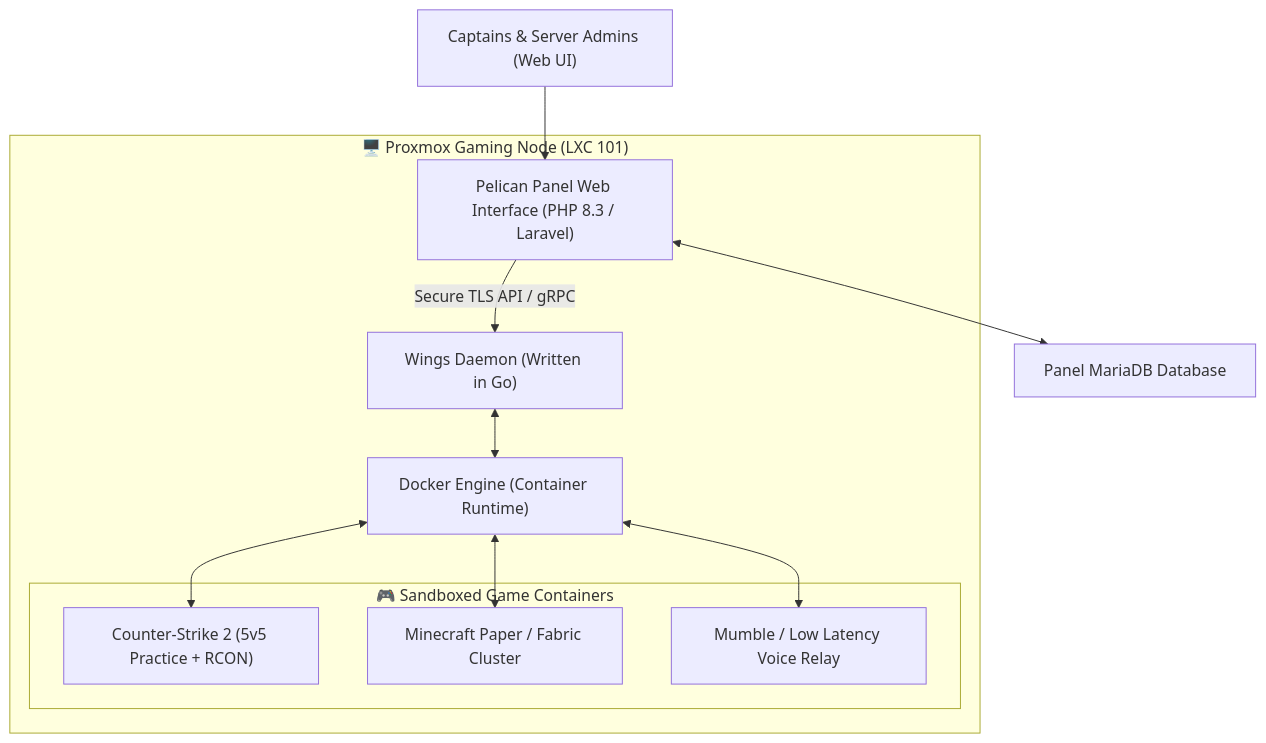
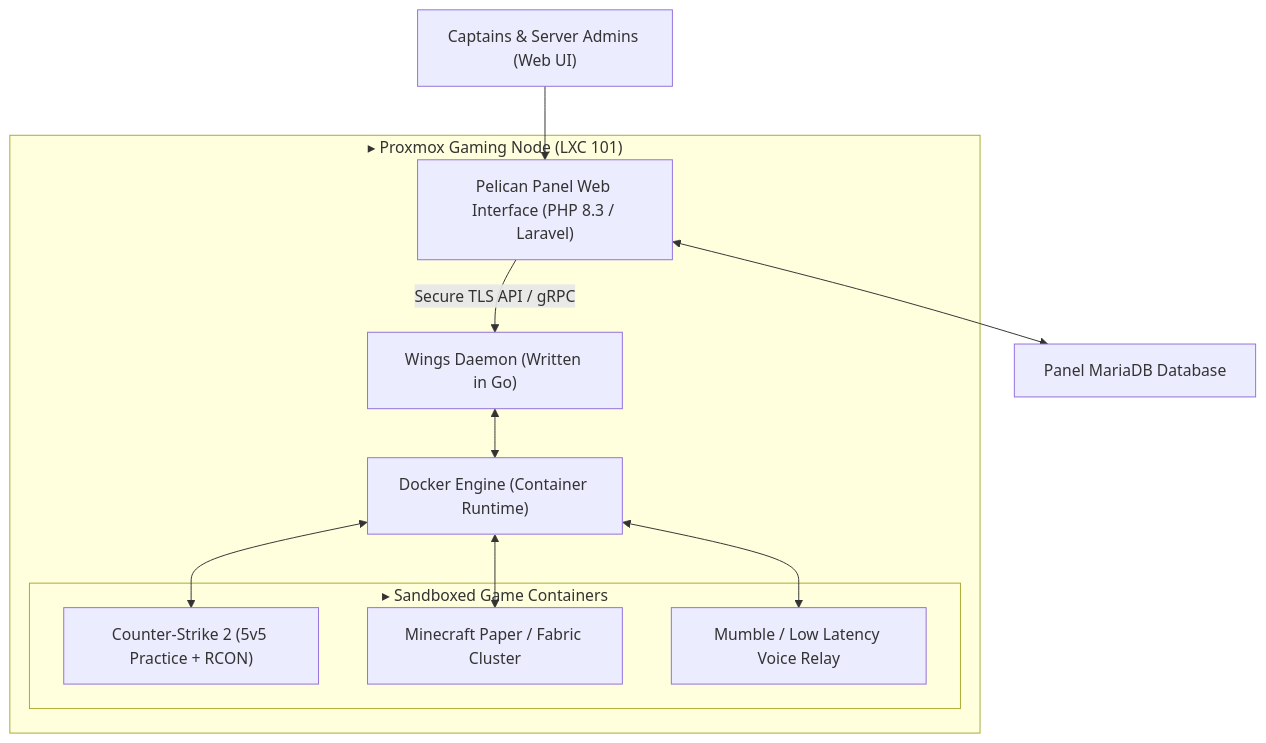
The diagram in docs/apps/services/pelican.md (IAndrexI/documentation), drawn with Mermaid before and after one commit. The commit also changed other lines of this file and 40 other files, not shown here.

Commit message:
feat: hide git stars/branches, collapse subcategories until tab selected, add high-res architecture SVG, auto-update script, basic monochrome glyphs, and line-by-line recreation blueprints with summaries

````diff
--- a/docs/apps/services/pelican.md
+++ b/docs/apps/services/pelican.md
@@ -7,20 +7,20 @@
 ```mermaid
 graph TD
     User["Captains & Server Admins (Web UI)"] --> Panel["Pelican Panel Web Interface (PHP 8.3 / Laravel)"]
     Panel <--> MySQL["Panel MariaDB Database"]
     
-    subgraph ComputeNode["🖥️ Proxmox Gaming Node (LXC 101)"]
+    subgraph ComputeNode["▸ Proxmox Gaming Node (LXC 101)"]
         Panel -->|Secure TLS API / gRPC| Wings["Wings Daemon (Written in Go)"]
         Wings <--> DockerEngine["Docker Engine (Container Runtime)"]
         
-        subgraph Containers["🎮 Sandboxed Game Containers"]
+        subgraph Containers["▸ Sandboxed Game Containers"]
             CS2["Counter-Strike 2 (5v5 Practice + RCON)"]
             MC["Minecraft Paper / Fabric Cluster"]
             Voice["Mumble / Low Latency Voice Relay"]
         end
         
         DockerEngine <--> CS2
         DockerEngine <--> MC
         DockerEngine <--> Voice
     end
 ```
````
